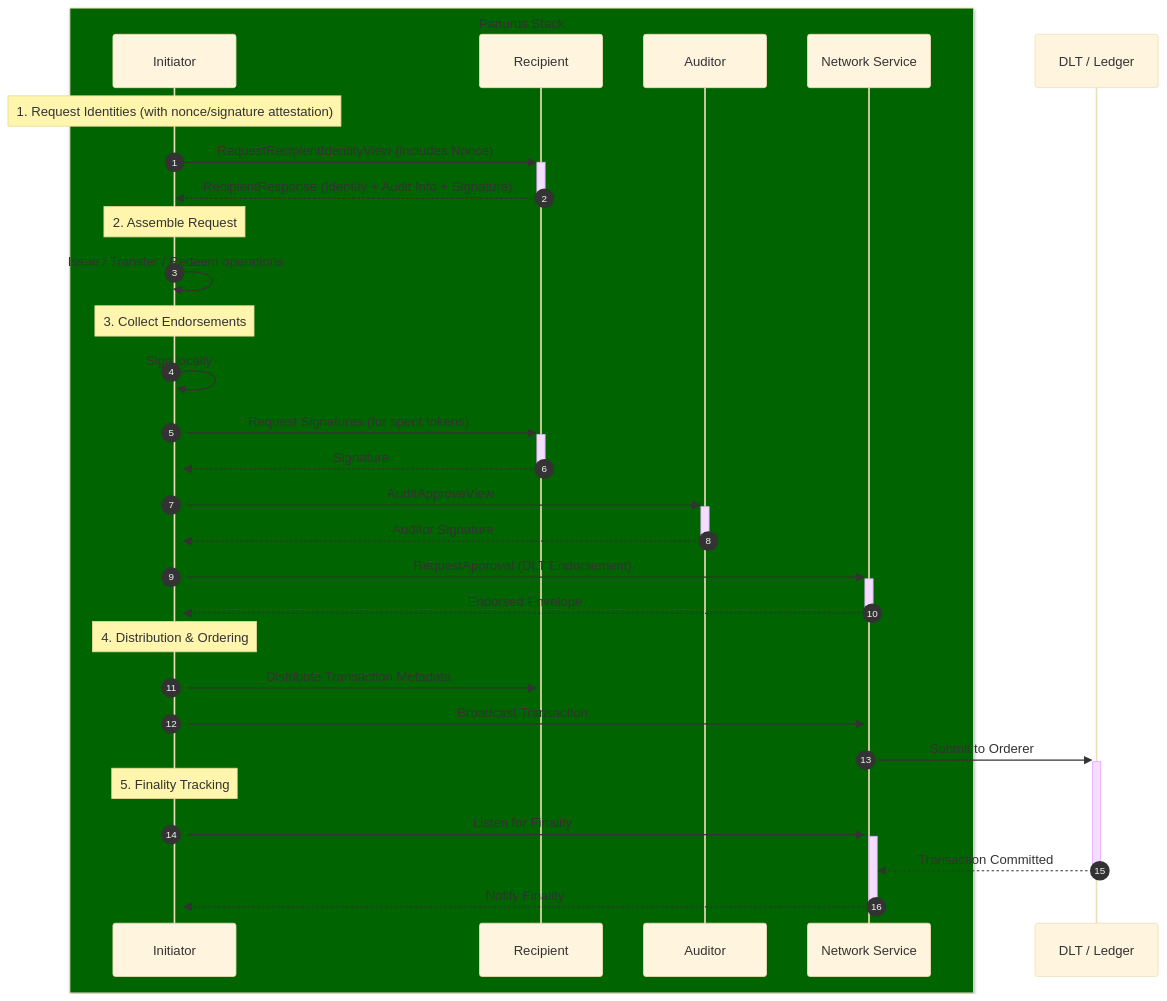
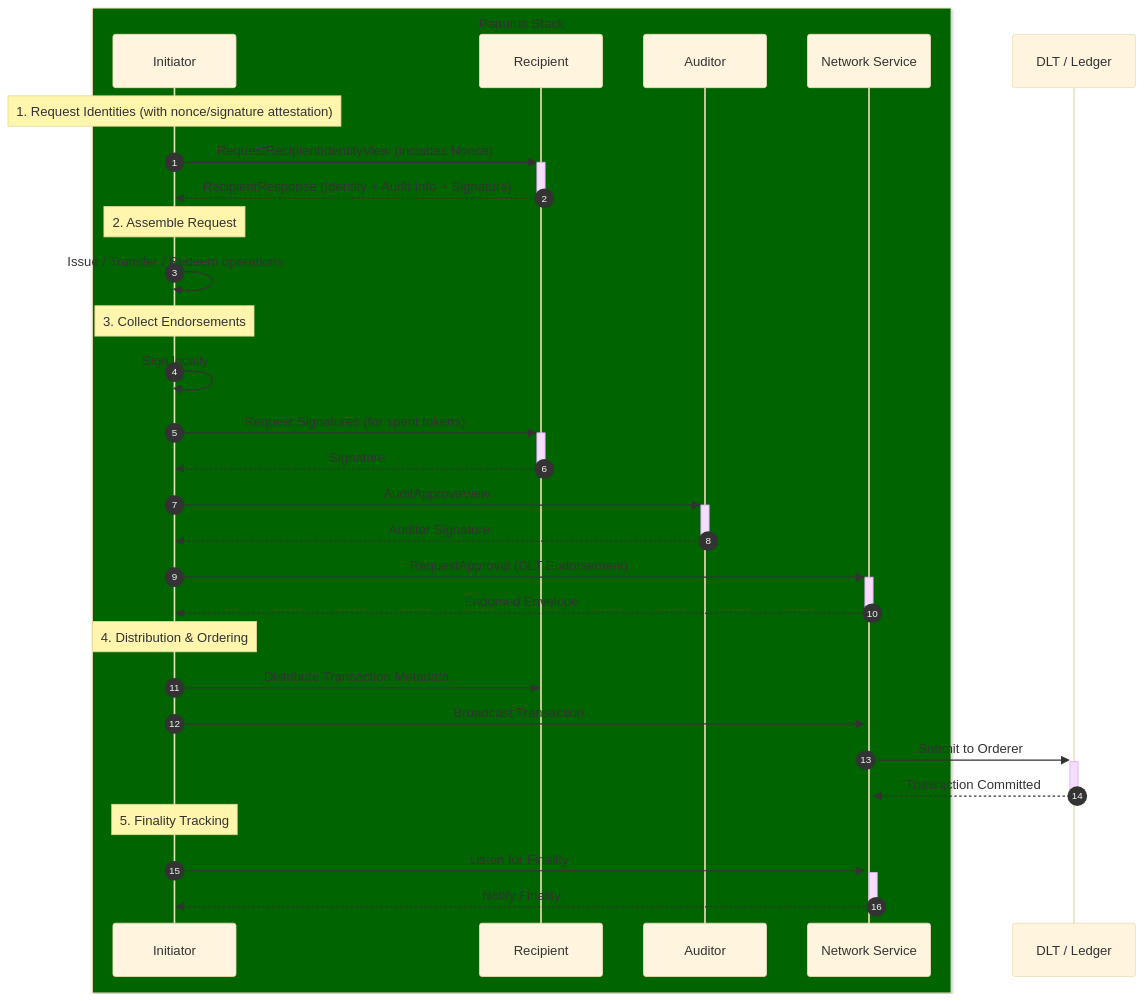
The first of 9 diagrams in docs/services/ttx.md (atharrva01/fabric-token-sdk), drawn with Mermaid (base theme) before and after one commit. The commit also changed other lines of this file and 15 other files, not shown here.

````diff
--- a/docs/services/ttx.md
+++ b/docs/services/ttx.md
@@ -11,42 +11,38 @@
 ```mermaid
 sequenceDiagram
     autonumber
-    participant Initiator
-    participant Recipient
-    participant Auditor
-    participant Network as Network Service
-    participant Ledger as DLT / Ledger
 
     box darkgreen Panurus Stack
         participant Initiator
         participant Recipient
         participant Auditor
-        participant Network
+        participant Network as Network Service
     end
+    participant Ledger as DLT / Ledger
 
     Note over Initiator: 1. Request Identities (with nonce/signature attestation)
     Initiator->>+Recipient: RequestRecipientIdentityView (includes Nonce)
     Recipient-->>-Initiator: RecipientResponse (Identity + Audit Info + Signature)
 
     Note over Initiator: 2. Assemble Request
-    Initiator->>+Initiator: Issue / Transfer / Redeem operations
+    Initiator->>Initiator: Issue / Transfer / Redeem operations
 
     Note over Initiator: 3. Collect Endorsements
-    Initiator->>+Initiator: Sign locally
+    Initiator->>Initiator: Sign locally
     Initiator->>+Recipient: Request Signatures (for spent tokens)
     Recipient-->>-Initiator: Signature
     Initiator->>+Auditor: AuditApproveView
     Auditor-->>-Initiator: Auditor Signature
     Initiator->>+Network: RequestApproval (DLT Endorsement)
     Network-->>-Initiator: Endorsed Envelope
 
     Note over Initiator: 4. Distribution & Ordering
-    Initiator->>+Recipient: Distribute Transaction Metadata
+    Initiator->>Recipient: Distribute Transaction Metadata
     Initiator->>+Network: Broadcast Transaction
     Network->>+Ledger: Submit to Orderer
+    Ledger-->>-Network: Transaction Committed
 
     Note over Initiator: 5. Finality Tracking
     Initiator->>+Network: Listen for Finality
-    Ledger-->>-Network: Transaction Committed
     Network-->>-Initiator: Notify Finality
 ```
````
